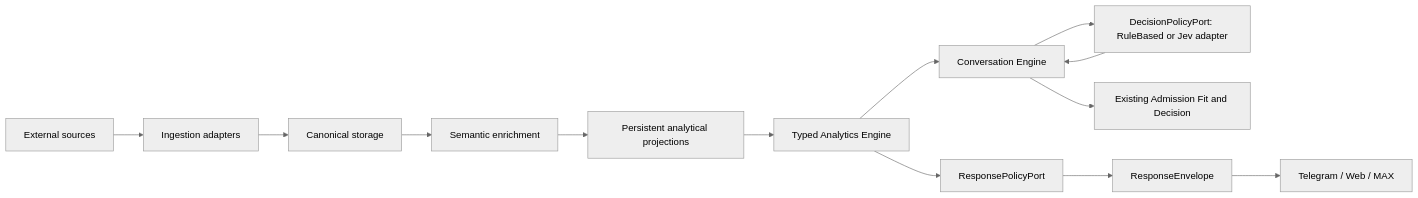
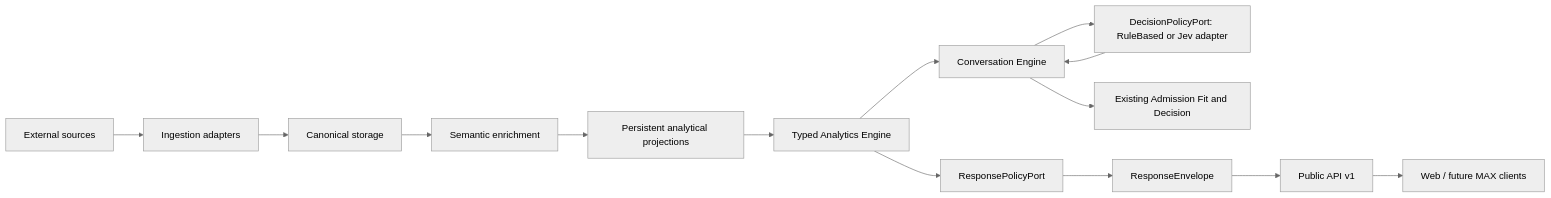
The second of 2 diagrams in docs/architecture/universal-analytics-dependency-graph.md (artemnoor/andromeda), drawn with Mermaid (neutral theme) before and after one commit. The commit also changed other lines of this file and 120 other files, not shown here.

First line of the commit message:
feat(api): add Public API v1 and DATA-API contract

````diff
--- a/docs/architecture/universal-analytics-dependency-graph.md
+++ b/docs/architecture/universal-analytics-dependency-graph.md
@@ -33,15 +33,16 @@
 ```mermaid
 flowchart LR
   sources[External sources] --> ingestion[Ingestion adapters]
   ingestion --> canonical[Canonical storage]
   canonical --> semantic[Semantic enrichment]
   semantic --> projections[Persistent analytical projections]
   projections --> engine[Typed Analytics Engine]
   engine --> conversation[Conversation Engine]
   policy[DecisionPolicyPort: RuleBased or Jev adapter] --> conversation
   conversation --> policy
   conversation --> admission[Existing Admission Fit and Decision]
   engine --> response[ResponsePolicyPort]
   response --> envelope[ResponseEnvelope]
-  envelope --> channels[Telegram / Web / MAX]
+  envelope --> public[Public API v1]
+  public --> clients[Web / future MAX clients]
 ```
````
